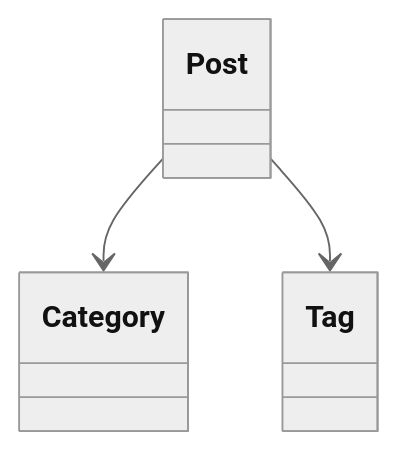
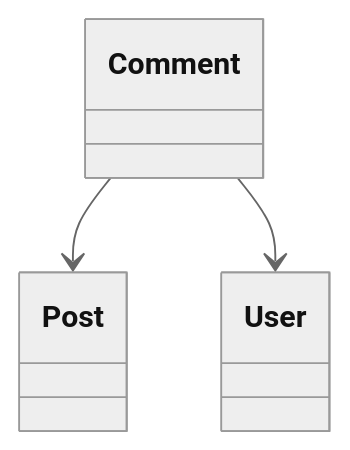
One commit to ataraxia-ppads/ataraxia-blog changed the diagram in CONTRIBUTING.md. Above: the diagram before and after it, drawn with Mermaid (neutral theme). The commit also changed other lines of this file and 40 other files, not shown here.

````diff
--- a/CONTRIBUTING.md
+++ b/CONTRIBUTING.md
@@ -158,5 +157,5 @@
 ```mermaid
 classDiagram
-    Post --> Category
-    Post --> Tag
+    Comment --> Post
+    Comment --> User
 ```
````
